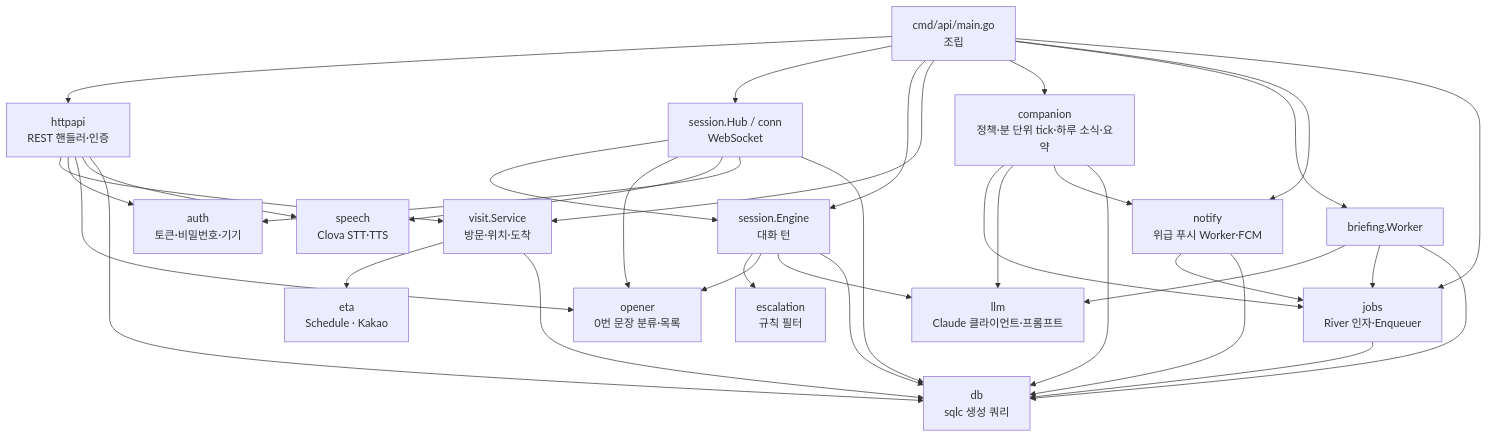
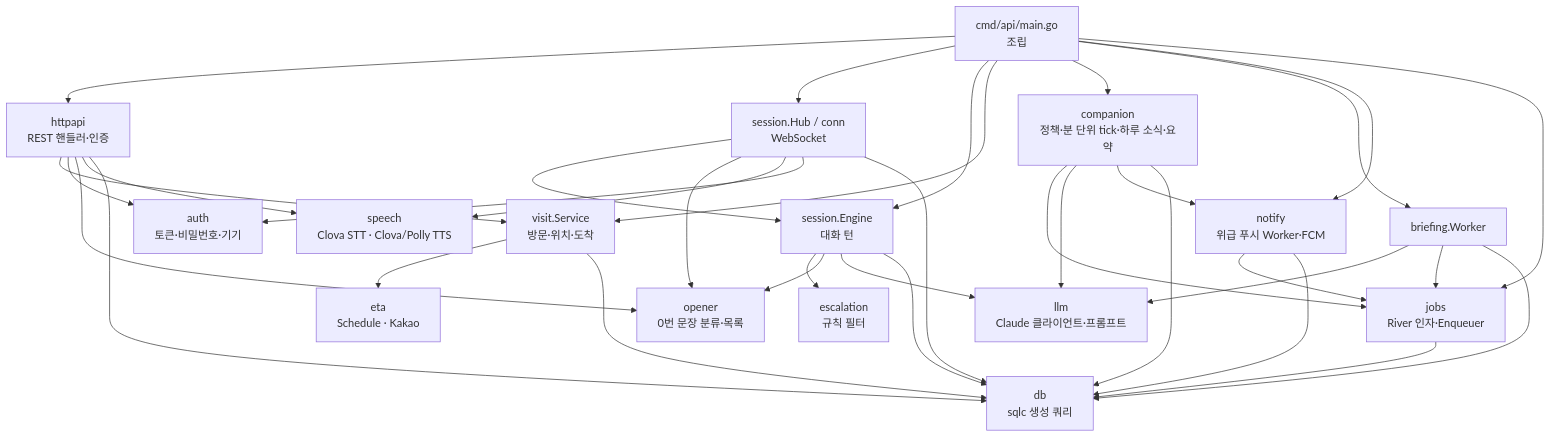
Before and after one commit to kimtaesung98/silvercare: the second of 9 diagrams in notchiwon-bridge/docs/handbook/whitebox.md, drawn with Mermaid. The commit also changed other lines of this file and 13 other files, not shown here.

First line of the commit message:
server: voice AI sentences with Amazon Polly (TTS_PROVIDER=polly)

````diff
--- a/notchiwon-bridge/docs/handbook/whitebox.md
+++ b/notchiwon-bridge/docs/handbook/whitebox.md
@@ -47,29 +47,29 @@
 ```mermaid
 flowchart TB
   main["cmd/api/main.go<br/>조립"]
   httpapi["httpapi<br/>REST 핸들러·인증"]
   hub["session.Hub / conn<br/>WebSocket"]
   engine["session.Engine<br/>대화 턴"]
   visit["visit.Service<br/>방문·위치·도착"]
   companion["companion<br/>정책·분 단위 tick·하루 소식·요약"]
   briefing["briefing.Worker"]
   notify["notify<br/>위급 푸시 Worker·FCM"]
   jobs["jobs<br/>River 인자·Enqueuer"]
   escalation["escalation<br/>규칙 필터"]
   opener["opener<br/>0번 문장 분류·목록"]
   llm["llm<br/>Claude 클라이언트·프롬프트"]
-  speech["speech<br/>Clova STT·TTS"]
+  speech["speech<br/>Clova STT · Clova/Polly TTS"]
   eta["eta<br/>Schedule · Kakao"]
   auth["auth<br/>토큰·비밀번호·기기"]
   db["db<br/>sqlc 생성 쿼리"]
 
   main --> httpapi & hub & engine & visit & companion & briefing & notify & jobs
   httpapi --> visit & auth & opener & speech & db
   hub --> engine & opener & speech & auth & db
   engine --> escalation & opener & llm & db
   visit --> eta & db
   companion --> jobs & llm & notify & db
   briefing --> llm & jobs & db
   notify --> jobs & db
   jobs --> db
 ```
````
